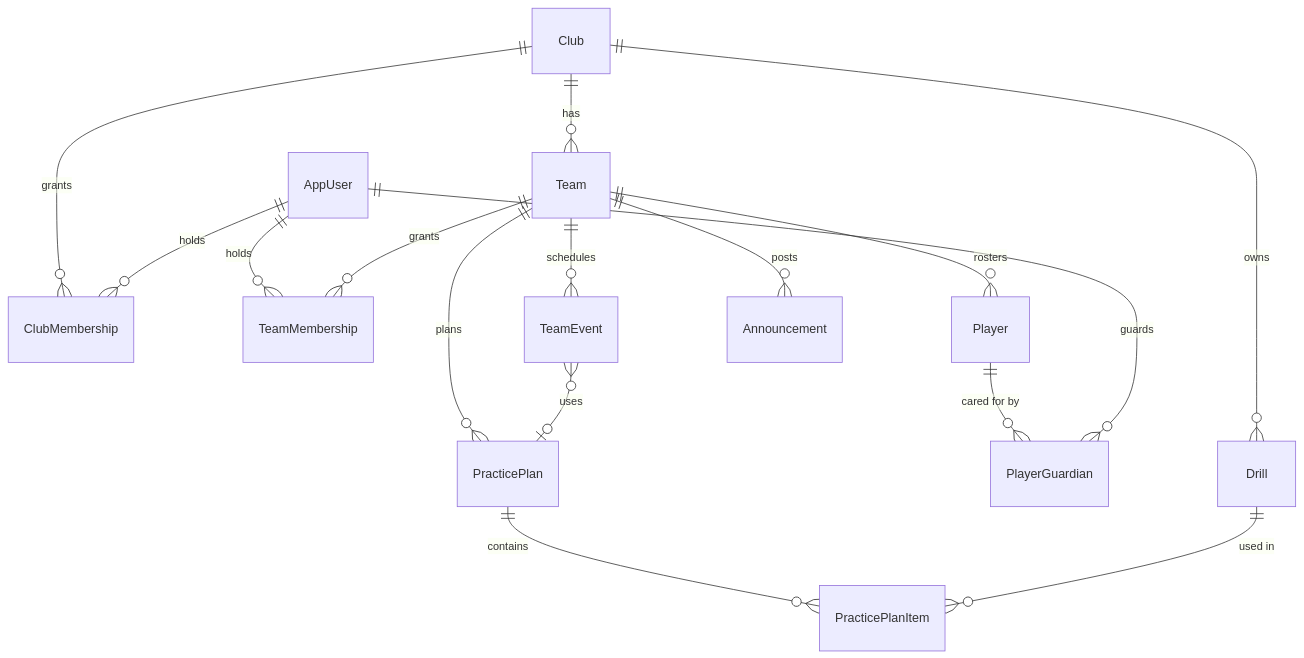
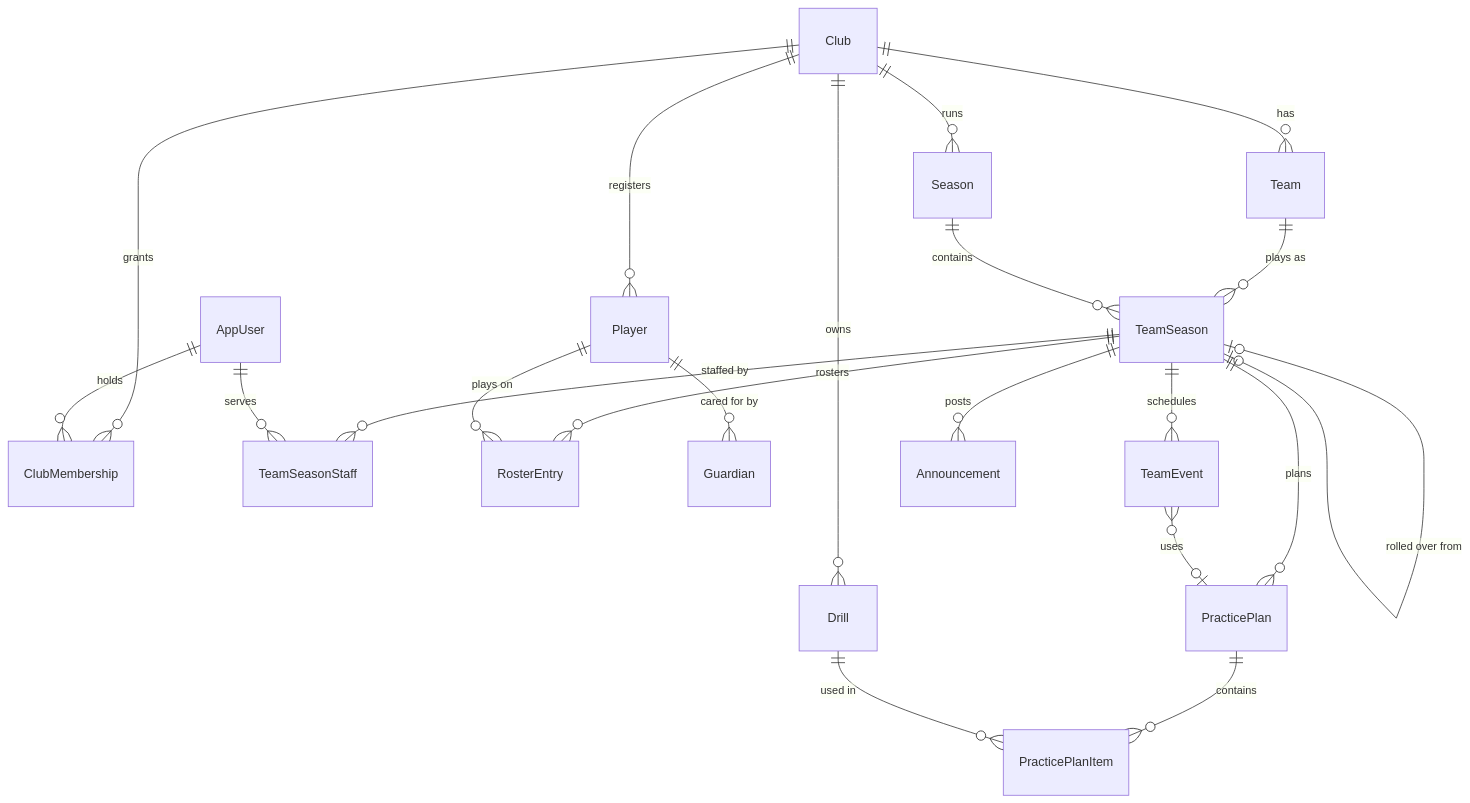
Before and after one commit to ellenlewisc/VolleyballTeam: the diagram in docs/DOMAIN.md, drawn with Mermaid. The commit also changed other lines of this file and 61 other files, not shown here.

````diff
--- a/docs/DOMAIN.md
+++ b/docs/DOMAIN.md
@@ -38,18 +47,23 @@
 ```mermaid
 erDiagram
+    Club ||--o{ Season : runs
     Club ||--o{ Team : has
     Club ||--o{ ClubMembership : grants
+    Club ||--o{ Player : registers
     Club ||--o{ Drill : owns
     AppUser ||--o{ ClubMembership : holds
-    AppUser ||--o{ TeamMembership : holds
-    Team ||--o{ TeamMembership : grants
-    Team ||--o{ Player : rosters
-    Player ||--o{ PlayerGuardian : "cared for by"
-    AppUser ||--o{ PlayerGuardian : guards
-    Team ||--o{ TeamEvent : schedules
-    Team ||--o{ PracticePlan : plans
+    Team ||--o{ TeamSeason : "plays as"
+    Season ||--o{ TeamSeason : contains
+    TeamSeason |o--o| TeamSeason : "rolled over from"
+    TeamSeason ||--o{ TeamSeasonStaff : "staffed by"
+    AppUser ||--o{ TeamSeasonStaff : serves
+    TeamSeason ||--o{ RosterEntry : rosters
+    Player ||--o{ RosterEntry : "plays on"
+    Player ||--o{ Guardian : "cared for by"
+    TeamSeason ||--o{ TeamEvent : schedules
+    TeamSeason ||--o{ PracticePlan : plans
     PracticePlan ||--o{ PracticePlanItem : contains
     Drill ||--o{ PracticePlanItem : "used in"
     TeamEvent }o--o| PracticePlan : uses
-    Team ||--o{ Announcement : posts
+    TeamSeason ||--o{ Announcement : posts
 ```
````
